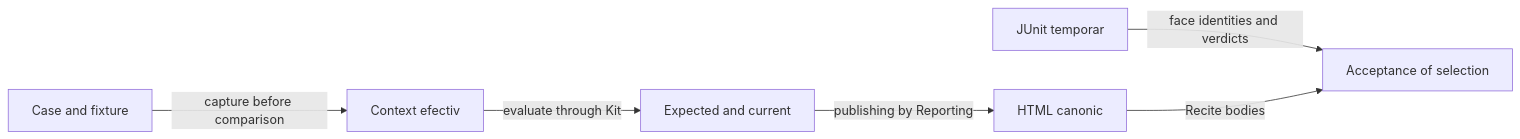
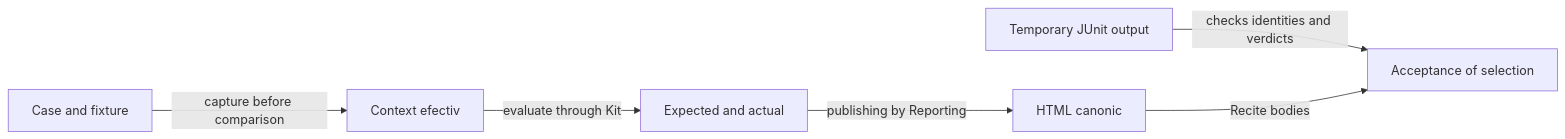
The diagram in whist-lab-app/test-audit/README.md (crististefanita/atf_j4), drawn with Mermaid before and after one commit. The commit also changed other lines of this file and 84 other files, not shown here.

````diff
--- a/whist-lab-app/test-audit/README.md
+++ b/whist-lab-app/test-audit/README.md
@@ -9,8 +9,8 @@
 ```mermaid
 flowchart LR
     CASE[Case and fixture] -->|capture before comparison| INPUT[Context efectiv]
-    INPUT -->|evaluate through Kit| CHECK[Expected and current]
+    INPUT -->|evaluate through Kit| CHECK[Expected and actual]
     CHECK -->|publishing by Reporting| HTML[HTML canonic]
-    XML[JUnit temporar] -->|face identities and verdicts| VERIFY[Acceptance of selection]
+    XML[Temporary JUnit output] -->|checks identities and verdicts| VERIFY[Acceptance of selection]
     HTML -->|Recite bodies| VERIFY
 ```
````
